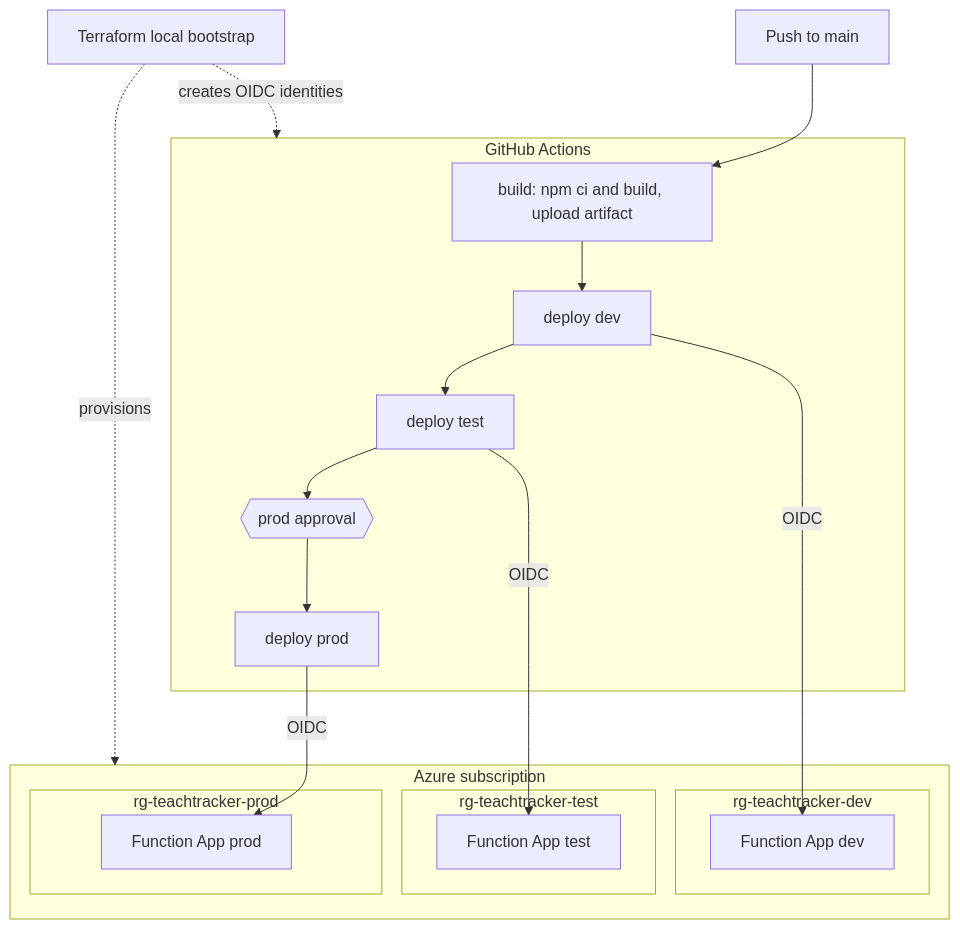
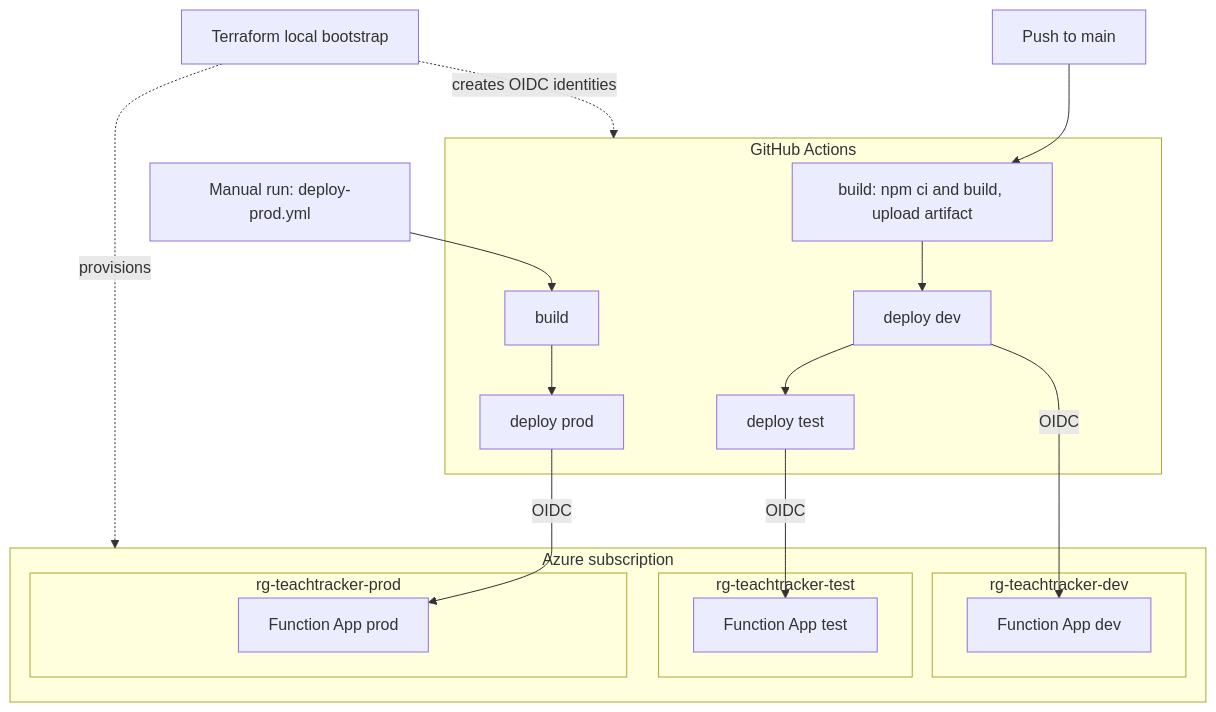
One commit to budhap-dev/func-teaching-tracker changed the first of 2 diagrams in docs/DEPLOYMENT.md. Above: the diagram before and after it, drawn with Mermaid. The commit also changed other lines of this file and 1 other file, not shown here.

First line of the commit message:
Document hosted environment URLs and correct the deploy runbook

````diff
--- a/docs/DEPLOYMENT.md
+++ b/docs/DEPLOYMENT.md
@@ -13,31 +13,31 @@
 ```mermaid
 flowchart TB
     dev_push[Push to main] --> build
+    manual[Manual run: deploy-prod.yml] --> buildp
 
     subgraph GHA[GitHub Actions]
         build[build: npm ci and build, upload artifact]
         build --> jdev[deploy dev]
         jdev --> jtest[deploy test]
-        jtest --> gate{{prod approval}}
-        gate --> jprod[deploy prod]
+        buildp[build] --> jprod[deploy prod]
     end
 
     jdev -->|OIDC| adev[App dev]
     jtest -->|OIDC| atest[App test]
     jprod -->|OIDC| aprod[App prod]
 
     subgraph AZ[Azure subscription]
         subgraph RGD[rg-teachtracker-dev]
             adev[Function App dev]
         end
         subgraph RGT[rg-teachtracker-test]
             atest[Function App test]
         end
         subgraph RGP[rg-teachtracker-prod]
             aprod[Function App prod]
         end
     end
 
     TF[Terraform local bootstrap] -.provisions.-> AZ
     TF -.creates OIDC identities.-> GHA
 ```
````
